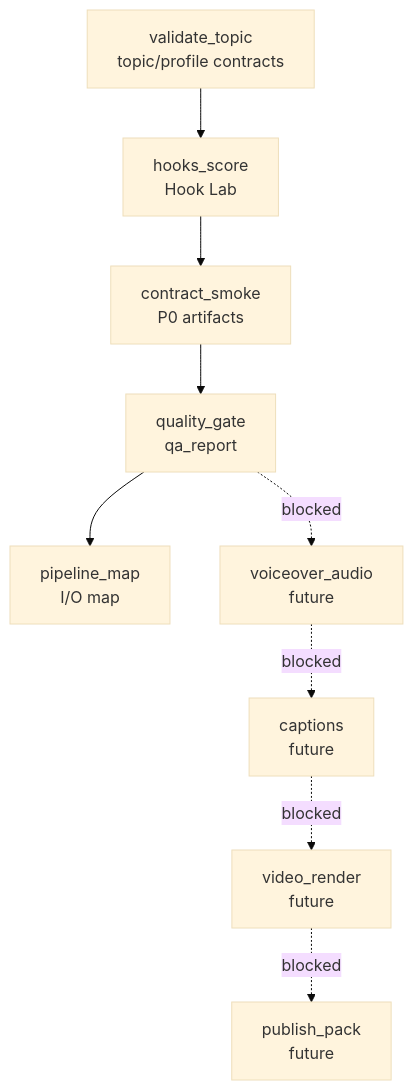
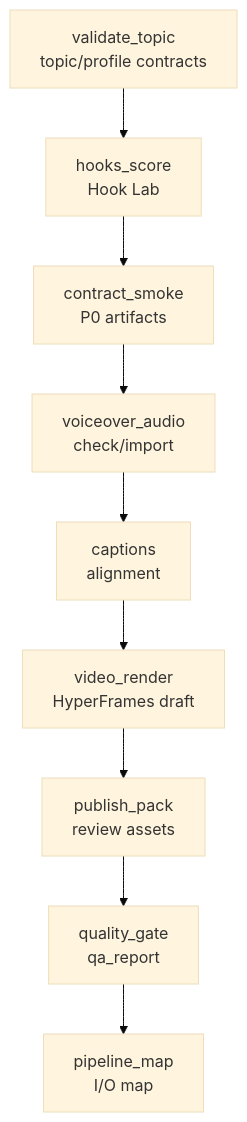
The diagram in episodes/ep01_attention_is_all_you_need/qa/pipeline_map.md (Shanvision-star/paper-aigc-content-factory), drawn with Mermaid (base theme) before and after one commit. The commit also changed other lines of this file and 3 other files, not shown here.

````diff
--- a/episodes/ep01_attention_is_all_you_need/qa/pipeline_map.md
+++ b/episodes/ep01_attention_is_all_you_need/qa/pipeline_map.md
@@ -11,11 +11,11 @@
 ```mermaid
 flowchart TD
   validate_topic["validate_topic<br/>topic/profile contracts"] --> hooks_score["hooks_score<br/>Hook Lab"]
   hooks_score --> contract_smoke["contract_smoke<br/>P0 artifacts"]
-  contract_smoke --> quality_gate["quality_gate<br/>qa_report"]
+  contract_smoke --> voiceover_audio["voiceover_audio<br/>check/import"]
+  voiceover_audio --> captions["captions<br/>alignment"]
+  captions --> video_render["video_render<br/>HyperFrames draft"]
+  video_render --> publish_pack["publish_pack<br/>review assets"]
+  publish_pack --> quality_gate["quality_gate<br/>qa_report"]
   quality_gate --> pipeline_map["pipeline_map<br/>I/O map"]
-  quality_gate -. blocked .-> voiceover_audio["voiceover_audio<br/>future"]
-  voiceover_audio -. blocked .-> captions["captions<br/>future"]
-  captions -. blocked .-> video_render["video_render<br/>future"]
-  video_render -. blocked .-> publish_pack["publish_pack<br/>future"]
 ```
````
